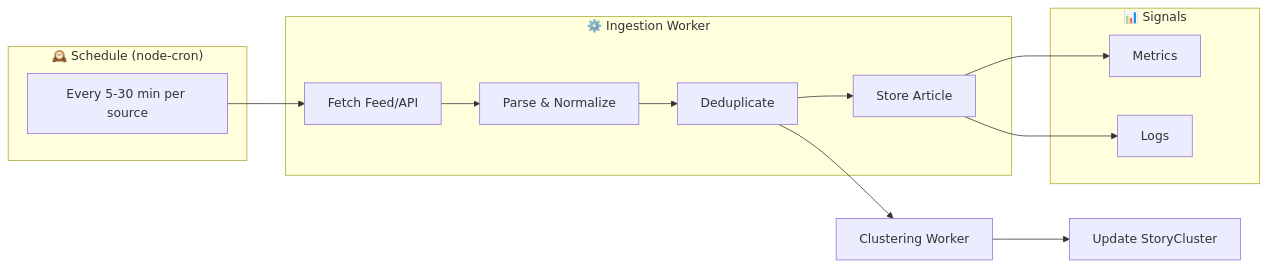
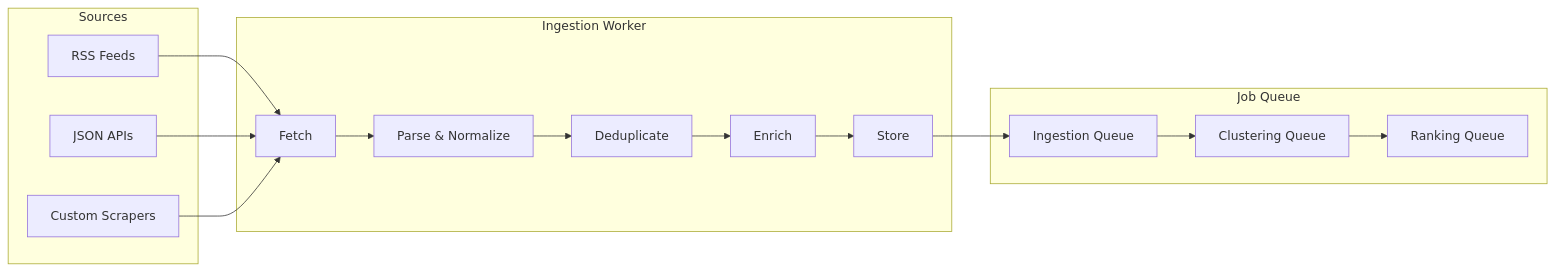
The fifth of 5 diagrams in Project_Architecture_Document.md (nordeim/onestopnews), drawn with Mermaid before and after one commit. The commit also changed other lines of this file and 1 other file, not shown here.

````diff
--- a/Project_Architecture_Document.md
+++ b/Project_Architecture_Document.md
@@ -987,24 +1733,28 @@
 ```mermaid
 flowchart LR
-    subgraph Schedule["🕰️ Schedule (node-cron)"]
-        CRON["Every 5-30 min per source"]
-    end
+  subgraph Sources["Sources"]
+    RSS[RSS Feeds]
+    API[JSON APIs]
+    SCR[Custom Scrapers]
+  end
 
-    subgraph Ingest["⚙️ Ingestion Worker"]
-        FETCH["Fetch Feed/API"]
-        PARSE["Parse & Normalize"]
-        DEDUP["Deduplicate"]
-        STORE["Store Article"]
-    end
+  subgraph Ingestion["Ingestion Worker"]
+    FETCH["Fetch"]
+    PARSE["Parse & Normalize"]
+    DEDUP["Deduplicate"]
+    ENRICH["Enrich"]
+    STORE["Store"]
+  end
 
-    subgraph Signals["📊 Signals"]
-        METRICS["Metrics"]
-        LOGS["Logs"]
-    end
+  subgraph Queue["Job Queue"]
+    INGEST_Q["Ingestion Queue"]
+    CLUSTER_Q["Clustering Queue"]
+    RANK_Q["Ranking Queue"]
+  end
 
-    CRON --> FETCH --> PARSE --> DEDUP --> STORE
-    STORE --> METRICS
-    STORE --> LOGS
-    DEDUP --> CLUSTER["Clustering Worker"]
-    CLUSTER --> STORE2["Update StoryCluster"]
+  RSS --> FETCH
+  API --> FETCH
+  SCR --> FETCH
+  FETCH --> PARSE --> DEDUP --> ENRICH --> STORE
+  STORE --> INGEST_Q --> CLUSTER_Q --> RANK_Q
 ```
````
